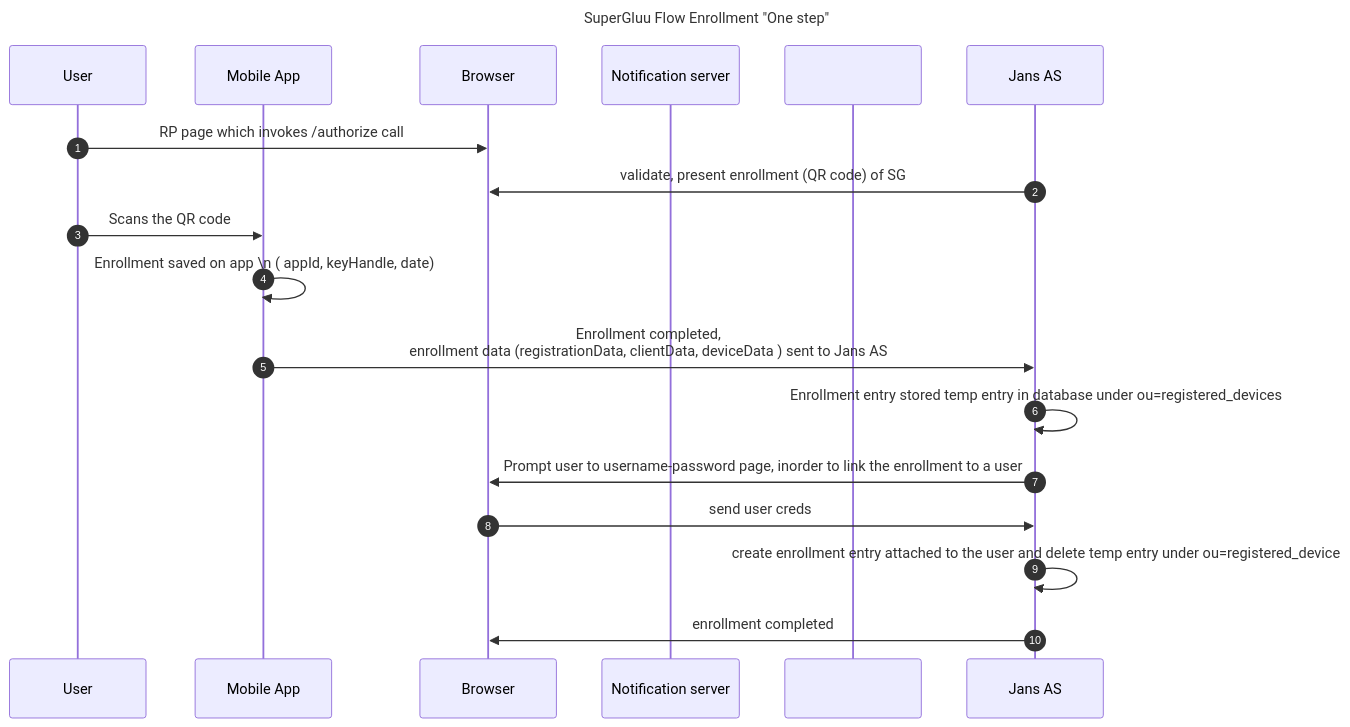
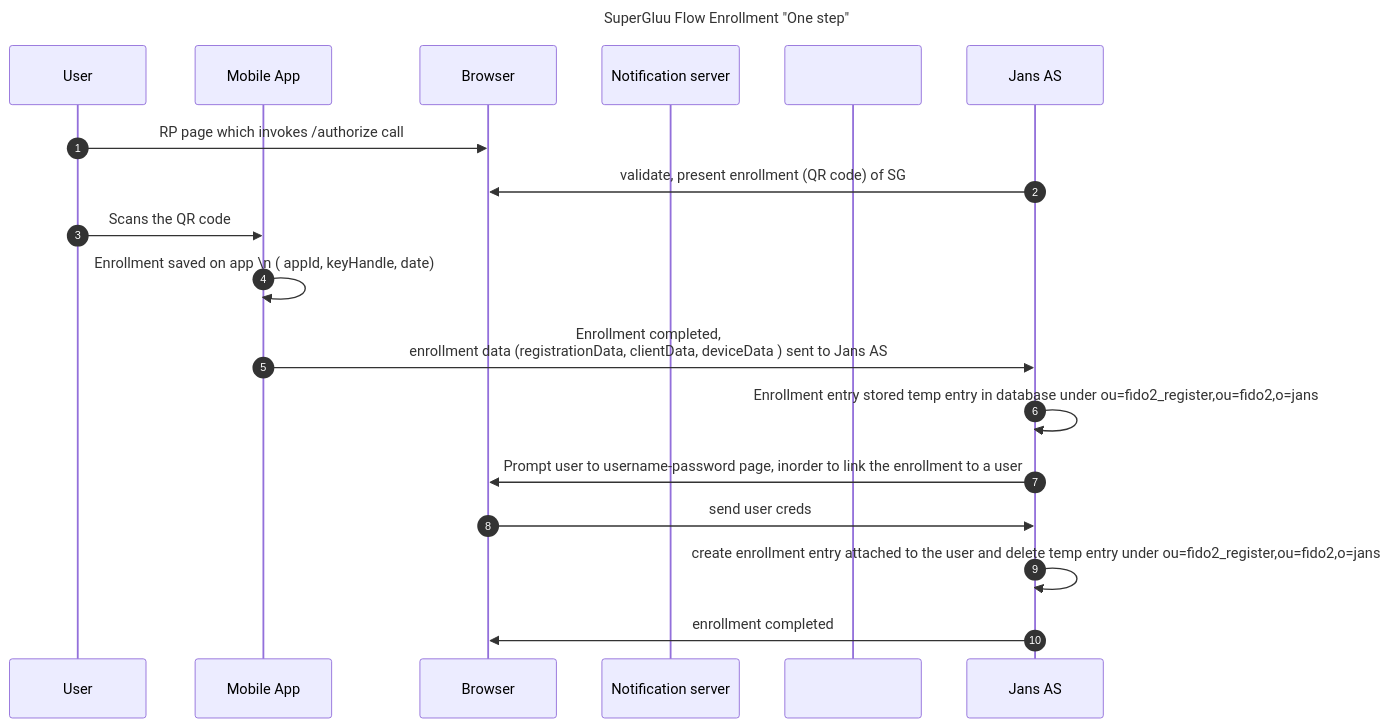
Before and after one commit to JanssenProject/jans: the third of 4 diagrams in docs/script-catalog/person_authentication/super-gluu-external-authenticator/README.md, drawn with Mermaid.

Commit message:
fix(docs): temporary record incase of one_step #3340

````diff
--- a/docs/script-catalog/person_authentication/super-gluu-external-authenticator/README.md
+++ b/docs/script-catalog/person_authentication/super-gluu-external-authenticator/README.md
@@ -139,23 +139,23 @@
 ```mermaid
 sequenceDiagram
 title SuperGluu Flow Enrollment "One step"
 
 autonumber 1
 participant User
 participant Mobile App
 participant Browser
 participant Notification server
 participant Jans AS
 
 User->> Browser: RP page which invokes /authorize call
 Jans AS->>Browser: validate, present enrollment (QR code) of SG
 User->>Mobile App:  Scans the QR code
 Mobile App->> Mobile App: Enrollment saved on app \n ( appId, keyHandle, date)
 Mobile App->>Jans AS :  Enrollment completed, <br/>enrollment data (registrationData, clientData, deviceData ) sent to Jans AS
-Jans AS->>Jans AS: Enrollment entry stored temp entry in database under ou=registered_devices
+Jans AS->>Jans AS: Enrollment entry stored temp entry in database under ou=fido2_register,ou=fido2,o=jans
 Jans AS->>Browser: Prompt user to username-password page, inorder to link the enrollment to a user
 Browser->>Jans AS: send user creds
-Jans AS->>Jans AS: create enrollment entry attached to the user and delete temp entry under ou=registered_device
+Jans AS->>Jans AS: create enrollment entry attached to the user and delete temp entry under ou=fido2_register,ou=fido2,o=jans
 Jans AS->>Browser: enrollment completed
 
 ```
````
